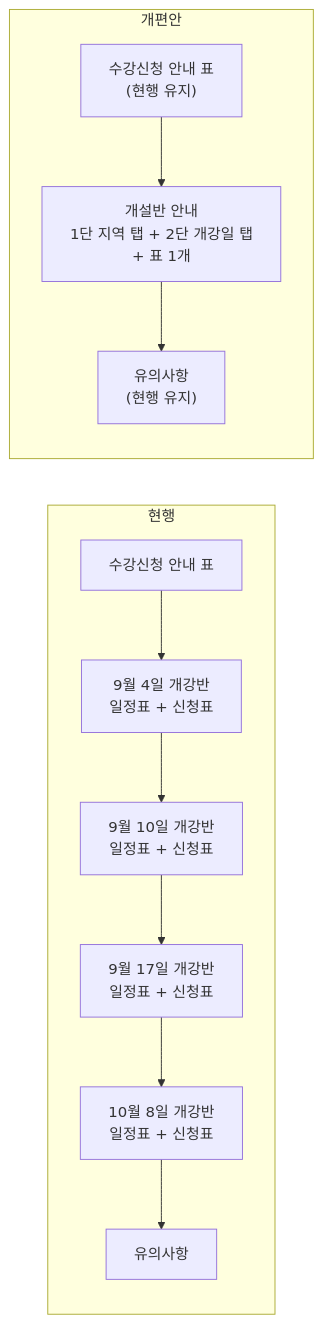
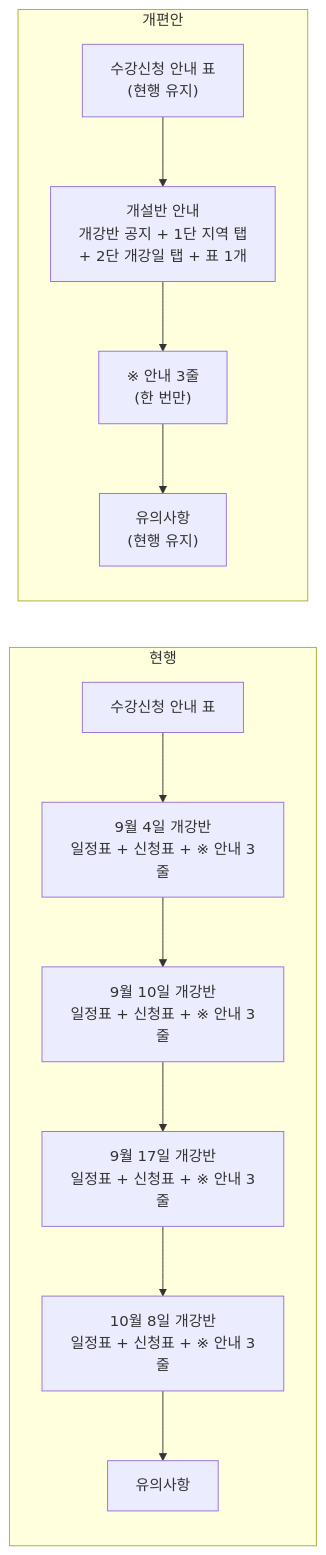
One commit to juhuikim-baeoom/baeron-practice-page-redesign changed the first of 2 diagrams in docs/superpowers/specs/2026-08-20-사회복지현장실습-페이지-개편-design.md. Above: the diagram before and after it, drawn with Mermaid. The commit also changed other lines of this file and 3 other files, not shown here.

````diff
--- a/docs/superpowers/specs/2026-08-20-사회복지현장실습-페이지-개편-design.md
+++ b/docs/superpowers/specs/2026-08-20-사회복지현장실습-페이지-개편-design.md
@@ -171,14 +175,15 @@
 ```mermaid
 flowchart LR
     subgraph AS["현행"]
-        A1["수강신청 안내 표"] --> A2["9월 4일 개강반<br/>일정표 + 신청표"]
-        A2 --> A3["9월 10일 개강반<br/>일정표 + 신청표"]
-        A3 --> A4["9월 17일 개강반<br/>일정표 + 신청표"]
-        A4 --> A5["10월 8일 개강반<br/>일정표 + 신청표"]
+        A1["수강신청 안내 표"] --> A2["9월 4일 개강반<br/>일정표 + 신청표 + ※ 안내 3줄"]
+        A2 --> A3["9월 10일 개강반<br/>일정표 + 신청표 + ※ 안내 3줄"]
+        A3 --> A4["9월 17일 개강반<br/>일정표 + 신청표 + ※ 안내 3줄"]
+        A4 --> A5["10월 8일 개강반<br/>일정표 + 신청표 + ※ 안내 3줄"]
         A5 --> A6["유의사항"]
     end
     subgraph BS["개편안"]
-        B1["수강신청 안내 표<br/>(현행 유지)"] --> B2["개설반 안내<br/>1단 지역 탭 + 2단 개강일 탭<br/>+ 표 1개"]
-        B2 --> B3["유의사항<br/>(현행 유지)"]
+        B1["수강신청 안내 표<br/>(현행 유지)"] --> B2["개설반 안내<br/>개강반 공지 + 1단 지역 탭<br/>+ 2단 개강일 탭 + 표 1개"]
+        B2 --> B3["※ 안내 3줄<br/>(한 번만)"]
+        B3 --> B4["유의사항<br/>(현행 유지)"]
     end
 ```
````
